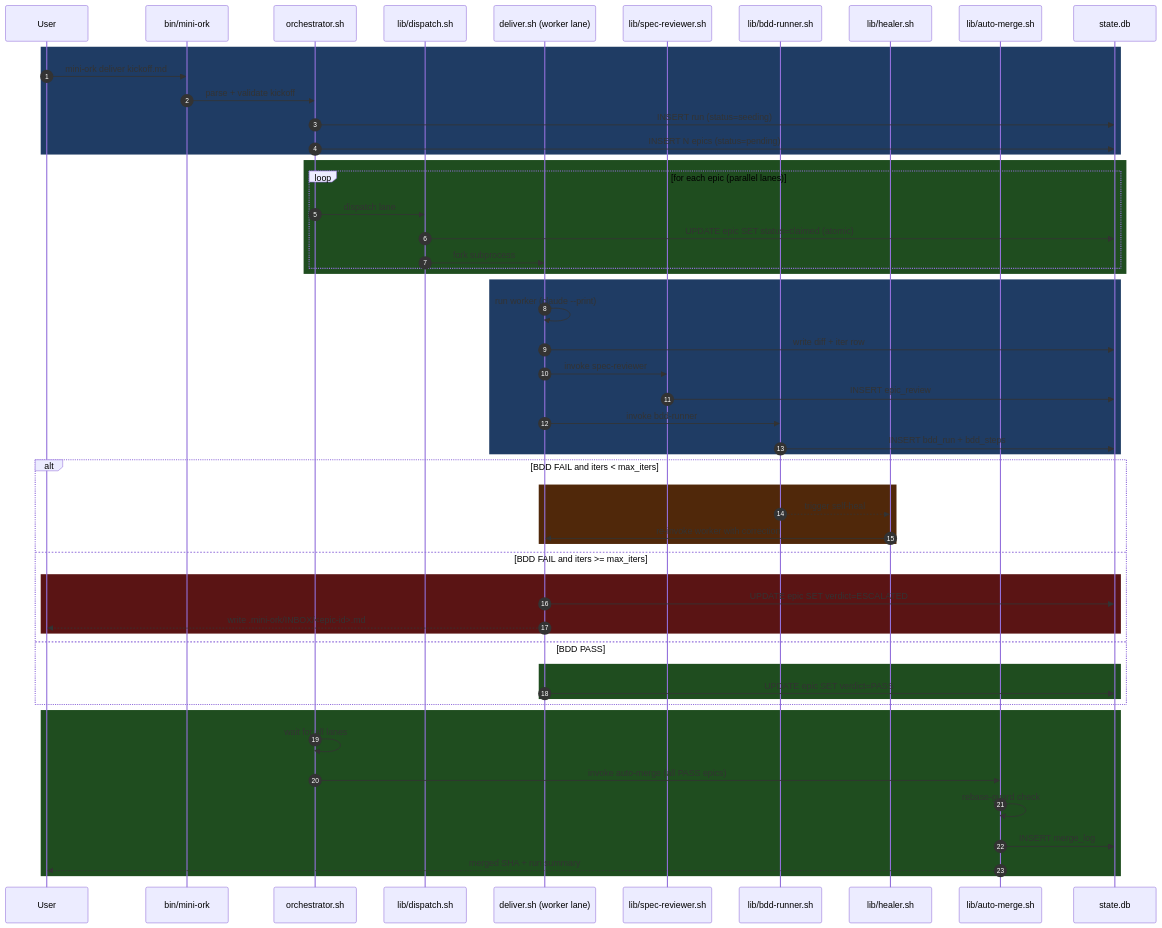
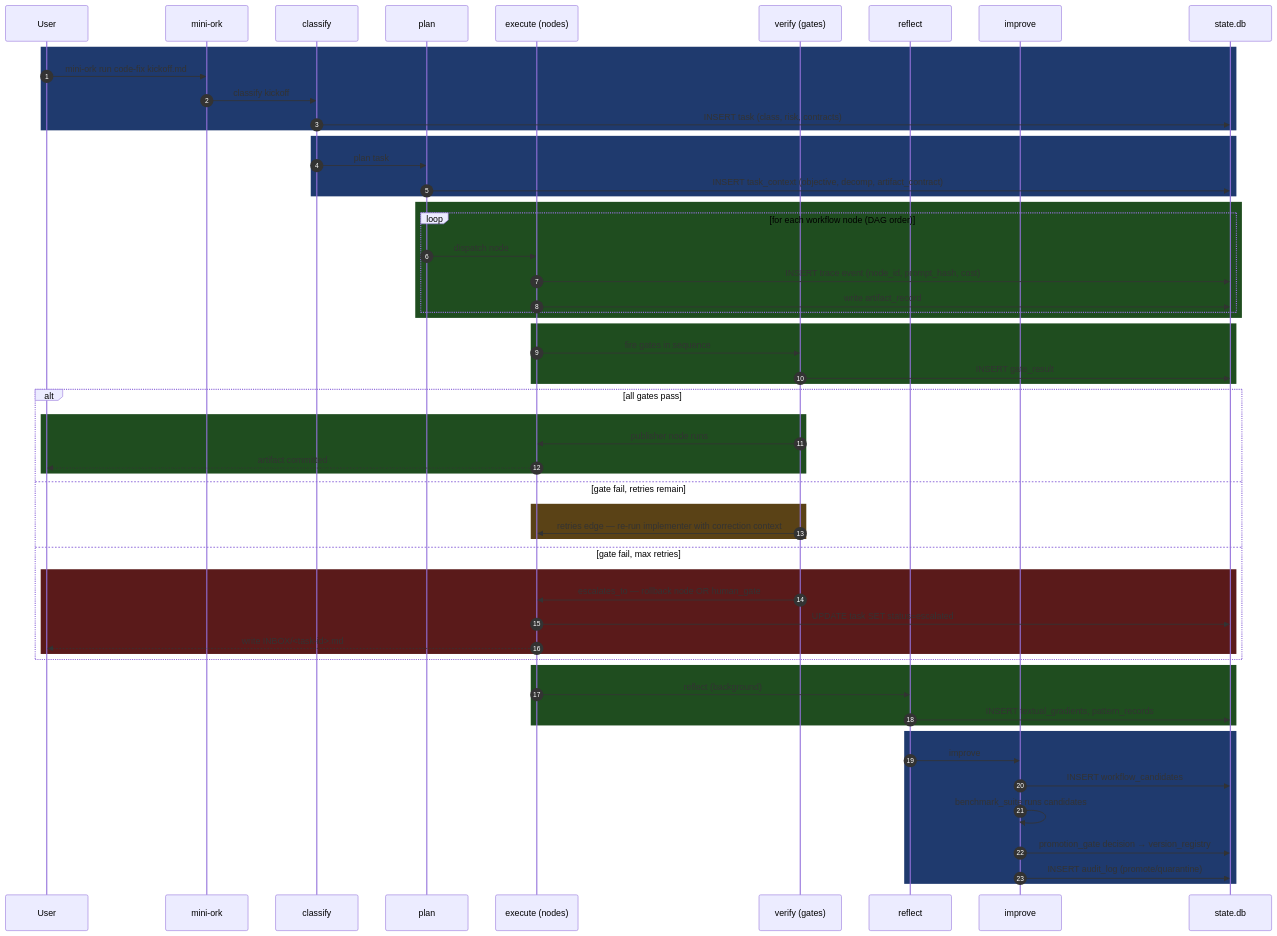
The second of 3 diagrams in docs/ARCHITECTURE.md (SourceShift/mini-ork), drawn with Mermaid before and after one commit. The commit also changed other lines of this file and 255 other files, not shown here.

````diff
--- a/docs/ARCHITECTURE.md
+++ b/docs/ARCHITECTURE.md
@@ -81,62 +171,67 @@
 ```mermaid
 sequenceDiagram
   autonumber
   participant U as User
-  participant CLI as bin/mini-ork
-  participant O as orchestrator.sh
-  participant D as lib/dispatch.sh
-  participant W as deliver.sh (worker lane)
-  participant R as lib/spec-reviewer.sh
-  participant B as lib/bdd-runner.sh
-  participant H as lib/healer.sh
-  participant M as lib/auto-merge.sh
+  participant CLI as mini-ork
+  participant CL as classify
+  participant PL as plan
+  participant EX as execute (nodes)
+  participant VR as verify (gates)
+  participant RF as reflect
+  participant IM as improve
   participant DB as state.db
 
-  rect rgb(31, 60, 100)
-    U->>CLI: mini-ork deliver kickoff.md
-    CLI->>O: parse + validate kickoff
-    O->>DB: INSERT run (status=seeding)
-    O->>DB: INSERT N epics (status=pending)
+  rect rgb(31, 58, 110)
+    U->>CLI: mini-ork run code-fix kickoff.md
+    CLI->>CL: classify kickoff
+    CL->>DB: INSERT task (class, risk, contracts)
+  end
+
+  rect rgb(31, 58, 110)
+    CL->>PL: plan task
+    PL->>DB: INSERT task_context (objective, decomp, artifact_contract)
   end
 
   rect rgb(31, 77, 31)
-    loop for each epic (parallel lanes)
-      O->>D: dispatch lane
-      D->>DB: UPDATE epic SET status=claimed (atomic)
-      D->>W: fork subprocess
-    end
-  end
-
-  rect rgb(31, 60, 100)
-    W->>W: run worker (claude --print)
-    W->>DB: write diff + iter row
-    W->>R: invoke spec-reviewer
-    R->>DB: INSERT epic_review
-    W->>B: invoke bdd-runner
-    B->>DB: INSERT bdd_run + bdd_steps
-  end
-
-  alt BDD FAIL and iters < max_iters
-    rect rgb(80, 40, 10)
-      B-->>H: trigger self-heal
-      H->>W: re-invoke worker with correction
-    end
-  else BDD FAIL and iters >= max_iters
-    rect rgb(90, 20, 20)
-      W->>DB: UPDATE epic SET verdict=ESCALATED
-      W-->>U: write .mini-ork/INBOX/<epic-id>.md
-    end
-  else BDD PASS
-    rect rgb(31, 77, 31)
-      W->>DB: UPDATE epic SET verdict=PASS
+    loop for each workflow node (DAG order)
+      PL->>EX: dispatch node
+      EX->>DB: INSERT trace event (node_id, prompt_hash, cost)
+      EX->>DB: write artifact_record
     end
   end
 
   rect rgb(31, 77, 31)
-    O->>O: wait for all lanes
-    O->>M: invoke auto-merge (all PASS epics)
-    M->>M: rebase-guard check
-    M->>DB: INSERT merge_log
-    M-->>U: merged SHA + run summary
+    EX->>VR: fire gates in sequence
+    VR->>DB: INSERT gate_result
+  end
+
+  alt all gates pass
+    rect rgb(31, 77, 31)
+      VR->>EX: publisher node runs
+      EX-->>U: artifact committed
+    end
+  else gate fail, retries remain
+    rect rgb(90, 66, 22)
+      VR->>EX: retries edge — re-run implementer with correction context
+    end
+  else gate fail, max retries
+    rect rgb(90, 26, 26)
+      VR->>EX: escalates_to — rollback node OR human_gate
+      EX->>DB: UPDATE task SET status=escalated
+      EX-->>U: write INBOX/<task-id>.md
+    end
+  end
+
+  rect rgb(31, 77, 31)
+    EX->>RF: reflect (background)
+    RF->>DB: INSERT textual_gradients, pattern_records
+  end
+
+  rect rgb(31, 58, 110)
+    RF->>IM: improve
+    IM->>DB: INSERT workflow_candidates
+    IM->>IM: benchmark_suite runs candidates
+    IM->>DB: promotion_gate decision → version_registry
+    IM->>DB: INSERT audit_log (promote/quarantine)
   end
 ```
````
